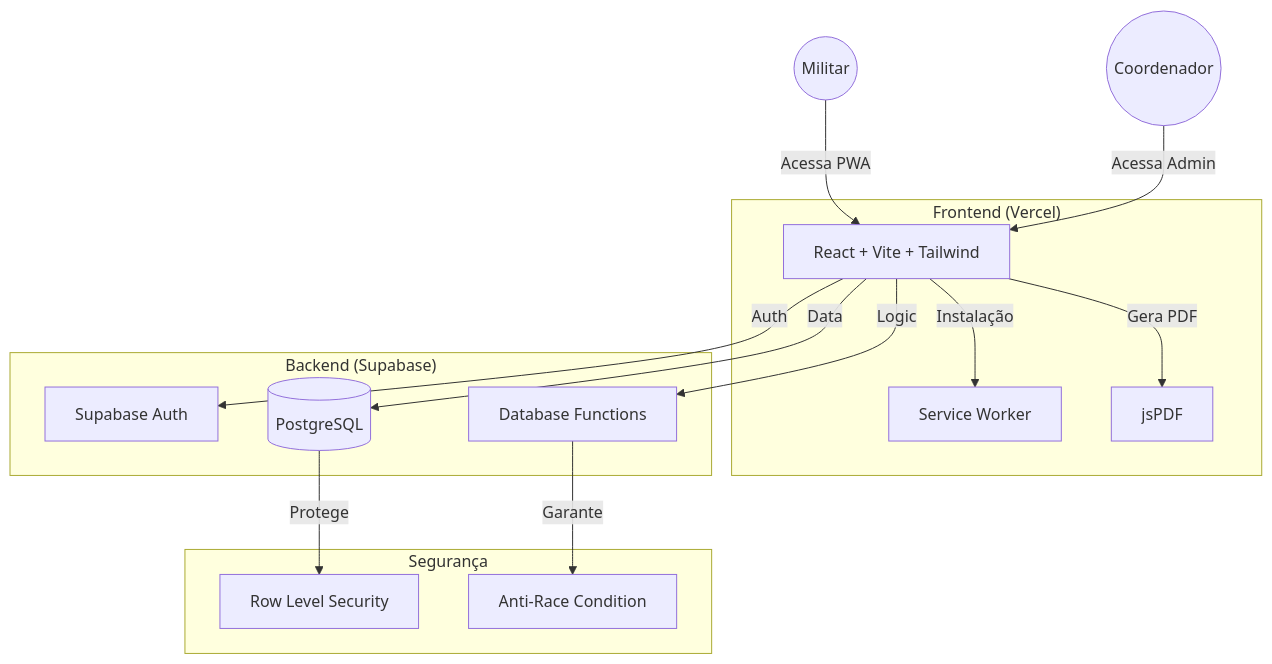
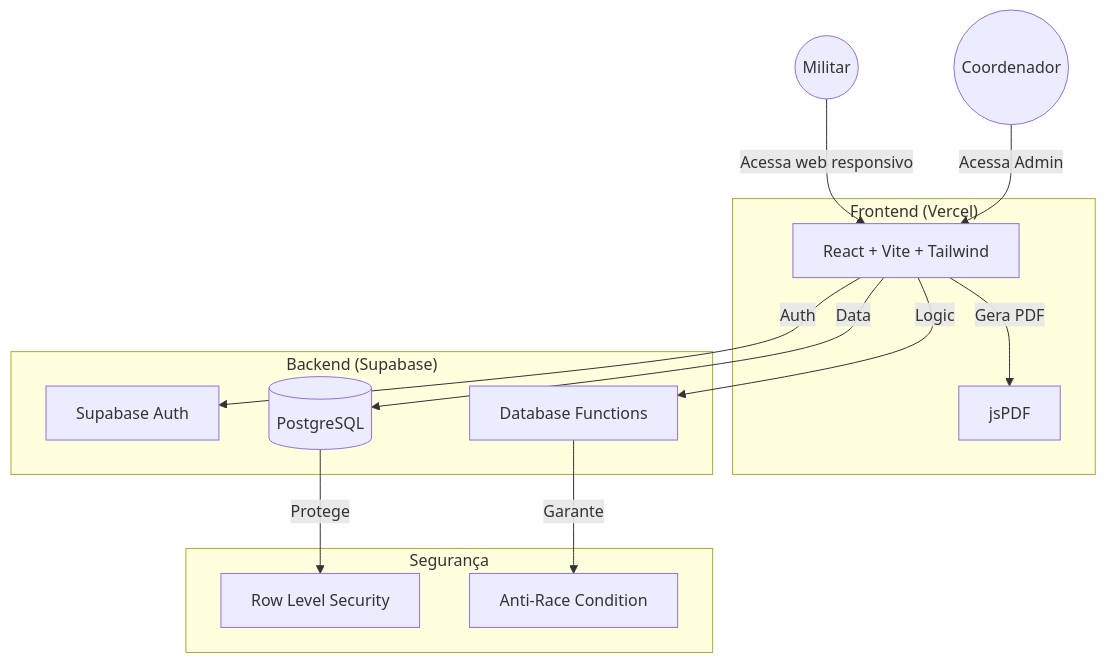
One commit to WellingtonADS/TACF-Digital changed the first of 4 diagrams in docs/PLANEJAMENTO.md. Above: the diagram before and after it, drawn with Mermaid. The commit also changed other lines of this file and 58 other files, not shown here.

````diff
--- a/docs/PLANEJAMENTO.md
+++ b/docs/PLANEJAMENTO.md
@@ -22,21 +21,20 @@
 ```mermaid
 graph TD
-    User((Militar)) -->|Acessa PWA| Front[React + Vite + Tailwind]
+    User((Militar)) -->|Acessa web responsivo| Front[React + Vite + Tailwind]
     Admin((Coordenador)) -->|Acessa Admin| Front
 
     subgraph "Frontend (Vercel)"
-        Front -->|Instalação| PWA[Service Worker]
         Front -->|Gera PDF| PDFLib[jsPDF]
     end
 
     subgraph "Backend (Supabase)"
         Front -->|Auth| Auth[Supabase Auth]
         Front -->|Data| DB[(PostgreSQL)]
         Front -->|Logic| RPC[Database Functions]
     end
 
     subgraph "Segurança"
         DB -->|Protege| RLS[Row Level Security]
         RPC -->|Garante| Transaction[Anti-Race Condition]
     end
 ```
````
